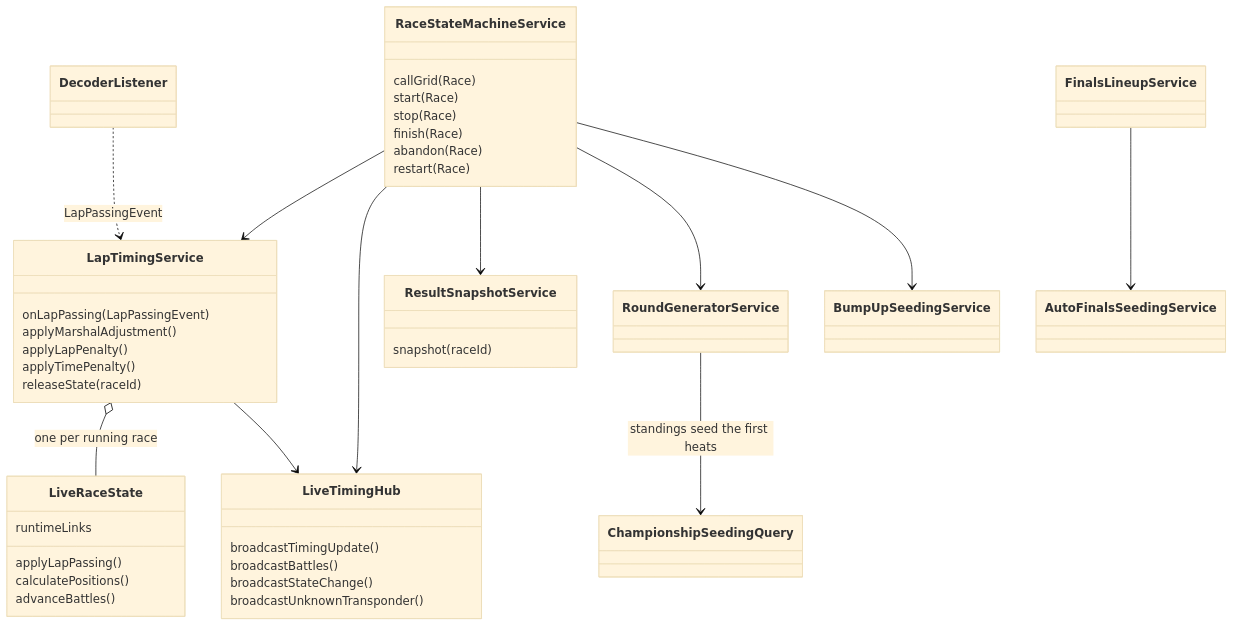
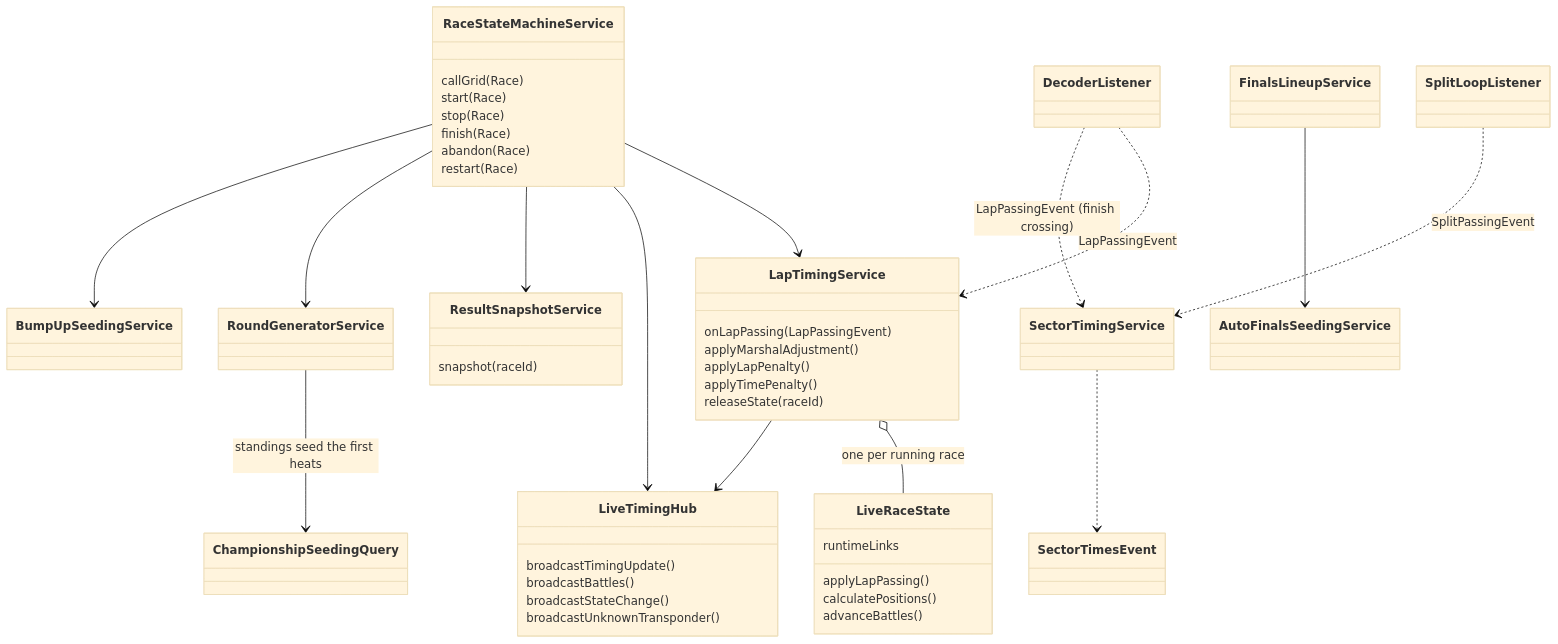
The second of 3 diagrams in docs/developer/domain-model.md (RCRaceHub/RCTimingControl), drawn with Mermaid (base theme) before and after one commit. The commit also changed 21 other files, not shown here.

First line of the commit message:
Split-loop decoders: connect several decoders, sector times in memory (#732)

````diff
--- a/docs/developer/domain-model.md
+++ b/docs/developer/domain-model.md
@@ -116,51 +116,57 @@
 ```mermaid
 classDiagram
     direction TB
     class RaceStateMachineService {
         callGrid(Race)
         start(Race)
         stop(Race)
         finish(Race)
         abandon(Race)
         restart(Race)
     }
     class LapTimingService {
         onLapPassing(LapPassingEvent)
         applyMarshalAdjustment()
         applyLapPenalty()
         applyTimePenalty()
         releaseState(raceId)
     }
     class LiveRaceState {
         applyLapPassing()
         calculatePositions()
         advanceBattles()
         runtimeLinks
     }
     class LiveTimingHub {
         broadcastTimingUpdate()
         broadcastBattles()
         broadcastStateChange()
         broadcastUnknownTransponder()
     }
     class ResultSnapshotService {
         snapshot(raceId)
     }
     class RoundGeneratorService
     class ChampionshipSeedingQuery
     class BumpUpSeedingService
     class AutoFinalsSeedingService
     class FinalsLineupService
     class DecoderListener
+    class SplitLoopListener
+    class SectorTimingService
+    class SectorTimesEvent
 
     DecoderListener ..> LapTimingService : LapPassingEvent
+    SplitLoopListener ..> SectorTimingService : SplitPassingEvent
+    DecoderListener ..> SectorTimingService : LapPassingEvent (finish crossing)
+    SectorTimingService ..> SectorTimesEvent
     LapTimingService o-- LiveRaceState : one per running race
     LapTimingService --> LiveTimingHub
     RaceStateMachineService --> LapTimingService
     RaceStateMachineService --> LiveTimingHub
     RaceStateMachineService --> ResultSnapshotService
     RaceStateMachineService --> RoundGeneratorService
     RoundGeneratorService --> ChampionshipSeedingQuery : standings seed the first heats
     RaceStateMachineService --> BumpUpSeedingService
     FinalsLineupService --> AutoFinalsSeedingService
 ```
````
